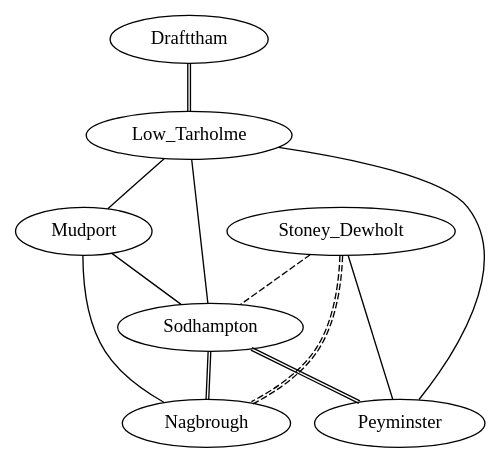
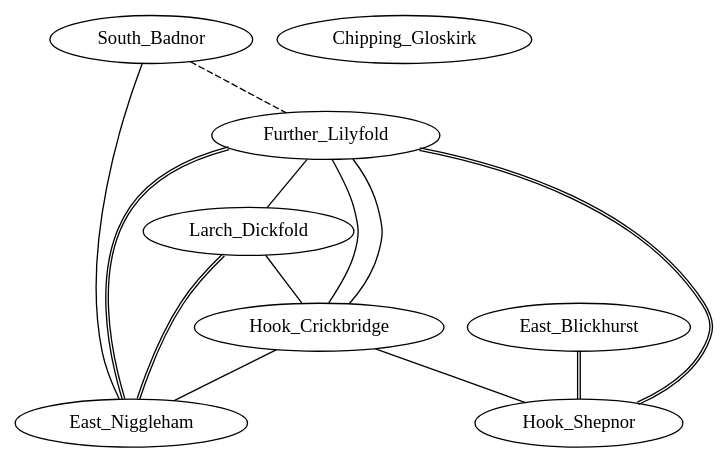
One commit to ElitePengui37/Object_Oriented_Software_Engineering_Assignment2 changed the diagram in OOSE Assingment 2 v2/simoutput.dot. Above: the diagram before and after it, drawn with Graphviz. The commit also changed 37 other files, not shown here.

```diff
--- a/OOSE Assingment 2 v2/simoutput.dot
+++ b/OOSE Assingment 2 v2/simoutput.dot
@@ -1,21 +1,23 @@
 graph Towns {
-	Peyminster
-	Low_Tarholme
-	Mudport
-	Stoney_Dewholt
-	Sodhampton
-	Nagbrough
-	Drafttham
+	Further_Lilyfold
+	Hook_Crickbridge
+	Hook_Shepnor
+	East_Niggleham
+	South_Badnor
+	Larch_Dickfold
+	East_Blickhurst
+	Chipping_Gloskirk
 
-	Stoney_Dewholt -- Peyminster
-	Nagbrough -- Mudport
-	Low_Tarholme -- Peyminster
-	Sodhampton -- Low_Tarholme
-	Mudport -- Sodhampton
-	Low_Tarholme -- Mudport
-	Sodhampton -- Peyminster [color="black:black"]
-	Sodhampton -- Nagbrough [color="black:black"]
-	Drafttham -- Low_Tarholme [color="black:black"]
-	Stoney_Dewholt -- Sodhampton [style="dashed"]
-	Stoney_Dewholt -- Nagbrough [style="dashed",color="black:black"]
+	Further_Lilyfold -- Hook_Crickbridge
+	Hook_Crickbridge -- Hook_Shepnor
+	Hook_Crickbridge -- Further_Lilyfold
+	Hook_Crickbridge -- East_Niggleham
+	Hook_Shepnor -- Further_Lilyfold [color="black:black"]
+	Further_Lilyfold -- East_Niggleham [color="black:black"]
+	South_Badnor -- East_Niggleham
+	Further_Lilyfold -- Larch_Dickfold
+	Larch_Dickfold -- Hook_Crickbridge
+	Larch_Dickfold -- East_Niggleham [color="black:black"]
+	East_Blickhurst -- Hook_Shepnor [color="black:black"]
+	South_Badnor -- Further_Lilyfold [style="dashed"]
 }
```
